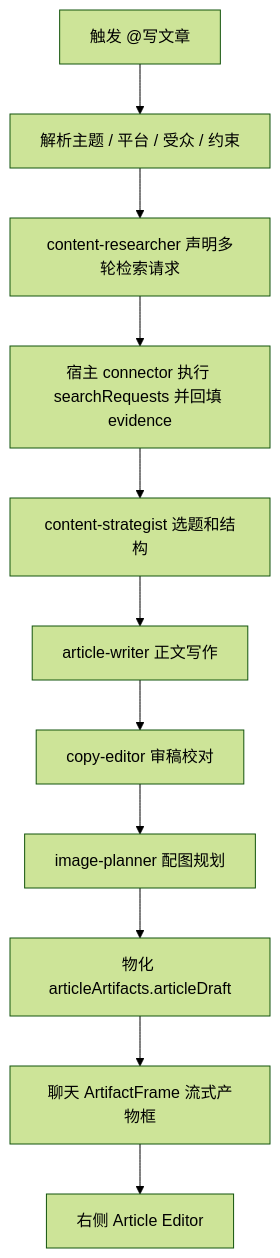
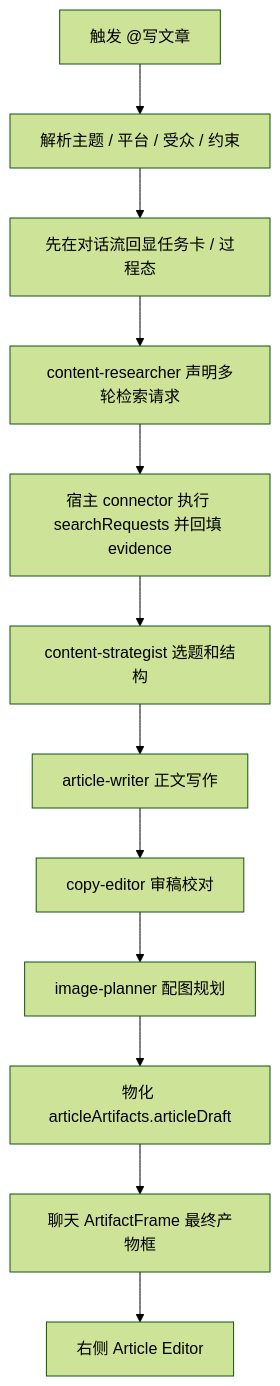
One commit to jiujuan/lime changed the diagram in internal/roadmap/Writing/workflow-design.md. Above: the diagram before and after it, drawn with Mermaid (forest theme). The commit also changed other lines of this file and 230 other files, not shown here.

````diff
--- a/internal/roadmap/Writing/workflow-design.md
+++ b/internal/roadmap/Writing/workflow-design.md
@@ -57,13 +60,14 @@
 ```mermaid
 flowchart TD
   Start[触发 @写文章] --> Parse[解析主题 / 平台 / 受众 / 约束]
-  Parse --> Research[content-researcher 声明多轮检索请求]
+  Parse --> TaskCard[先在对话流回显任务卡 / 过程态]
+  TaskCard --> Research[content-researcher 声明多轮检索请求]
   Research --> HostSearch[宿主 connector 执行 searchRequests 并回填 evidence]
   HostSearch --> Strategy[content-strategist 选题和结构]
   Strategy --> Draft[article-writer 正文写作]
   Draft --> Edit[copy-editor 审稿校对]
   Edit --> ImagePlan[image-planner 配图规划]
   ImagePlan --> Materialize[物化 articleArtifacts.articleDraft]
-  Materialize --> Frame[聊天 ArtifactFrame 流式产物框]
+  Materialize --> Frame[聊天 ArtifactFrame 最终产物框]
   Frame --> Editor[右侧 Article Editor]
 ```
````
